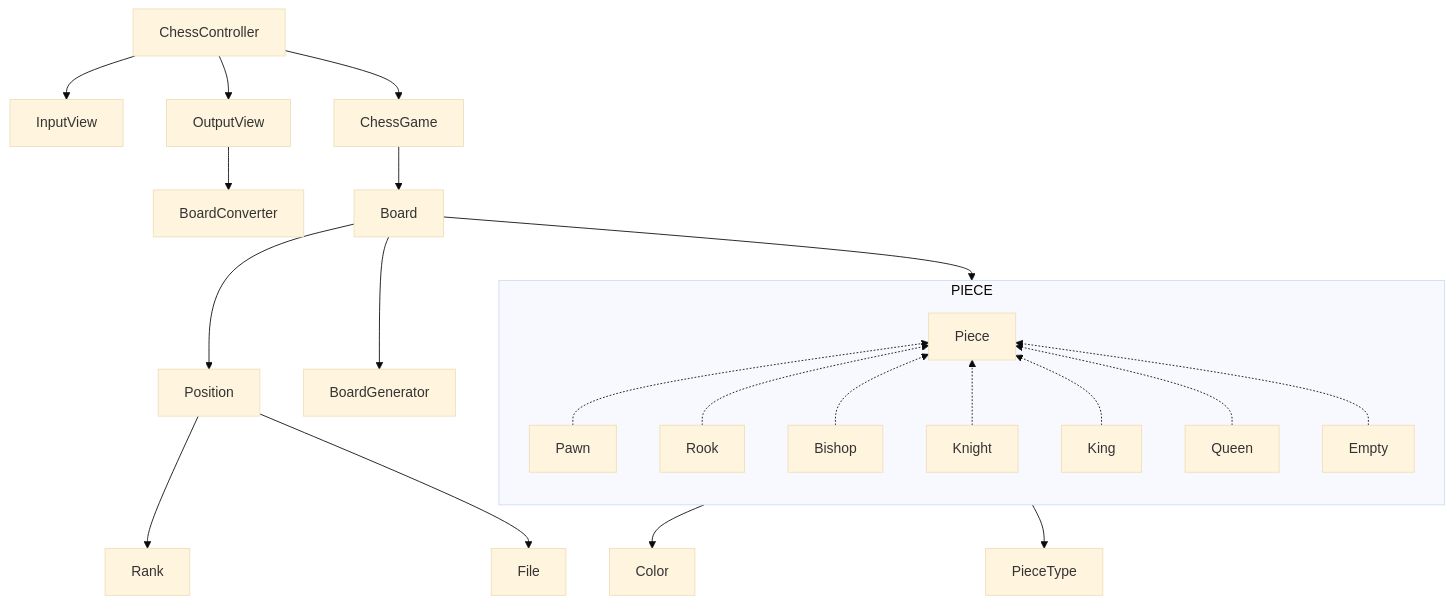
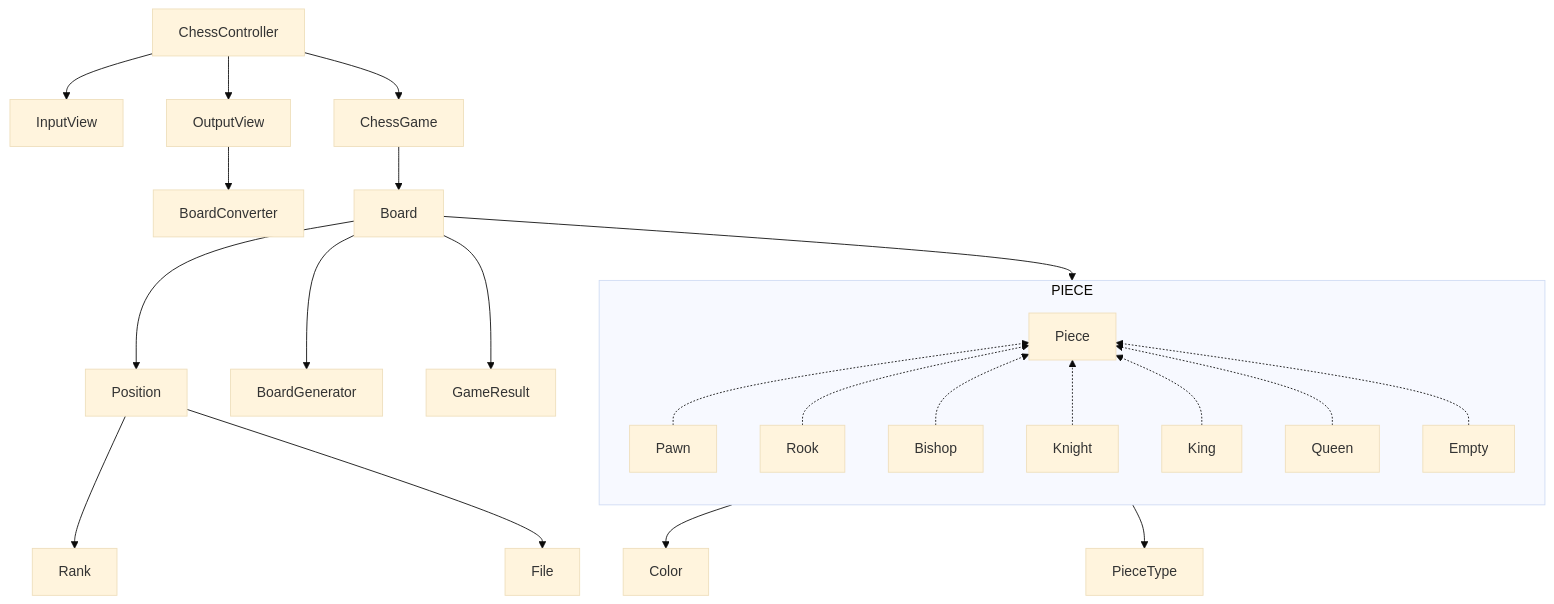
One commit to woowacourse/java-chess changed the first of 2 diagrams in README.md. Above: the diagram before and after it, drawn with Mermaid (base theme). The commit also changed other lines of this file, not shown here.

````diff
--- a/README.md
+++ b/README.md
@@ -55,26 +116,28 @@
 ```mermaid
 graph TD
     ChessController --> InputView
     ChessController --> OutputView --> BoardConverter
 
     ChessController --> ChessGame
-    ChessGame --> Board --> BoardGenerator
+    ChessGame --> Board
+    Board --> BoardGenerator
+    Board --> GameResult
     Position --> Rank
     Position --> File
 
     Board --> Position
     Board --> PIECE
     PIECE --> Color
     PIECE --> PieceType
 
     subgraph PIECE
         direction BT
         Pawn -.-> Piece
         Rook -.-> Piece
         Bishop -.-> Piece
         Knight -.-> Piece
         King -.-> Piece
         Queen -.-> Piece
         Empty -.-> Piece
     end
 ```
````
